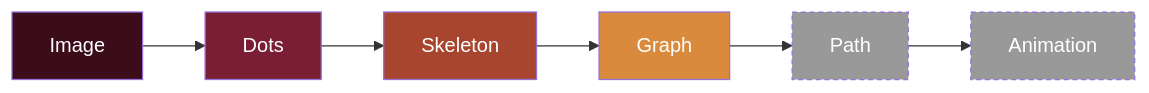
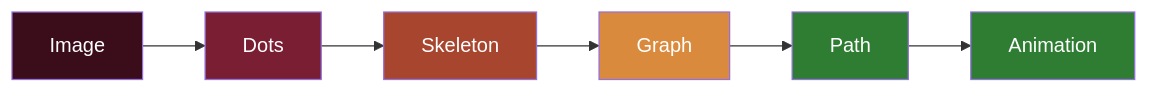
Before and after one commit to tejasree0906-git/KolamAI: the diagram in README.md, drawn with Mermaid. The commit also changed other lines of this file and 1 other file, not shown here.

````diff
--- a/README.md
+++ b/README.md
@@ -37,14 +40,14 @@
 ```mermaid
 flowchart LR
     A[Image] --> B[Dots]
     B --> C[Skeleton]
     C --> D[Graph]
     D --> E[Path]
     E --> F[Animation]
     style A fill:#3b0d1a,color:#fff
     style B fill:#7a1f33,color:#fff
     style C fill:#a8452f,color:#fff
     style D fill:#d98a3d,color:#fff
-    style E fill:#999,color:#fff,stroke-dasharray: 4 3
-    style F fill:#999,color:#fff,stroke-dasharray: 4 3
+    style E fill:#2E7D32,color:#fff
+    style F fill:#2E7D32,color:#fff
 ```
````
